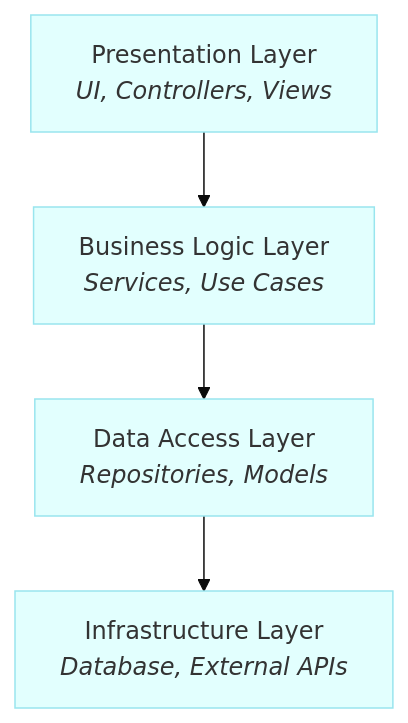
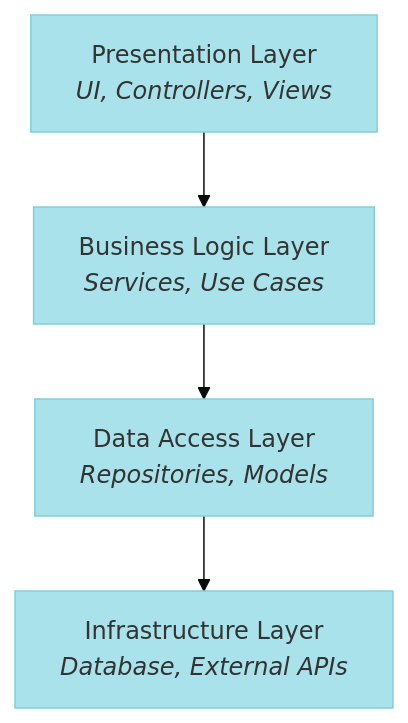
One commit to stricture-dev/stricture changed the diagram in packages/layered/README.md. Above: the diagram before and after it, drawn with Mermaid. The commit also changed 4 other files, not shown here.

First line of the commit message:
docs: apply custom HSL color palette to Mermaid diagrams

````diff
--- a/packages/layered/README.md
+++ b/packages/layered/README.md
@@ -15,12 +15,12 @@
 ```mermaid
-%%{init: {'theme':'base', 'themeVariables': { 'primaryColor':'#e2fffe','primaryBorderColor':'#99e5ee','secondaryColor':'#fef7fe','secondaryBorderColor':'#e5d5e5','tertiaryColor':'#feff9a','tertiaryBorderColor':'#d5d580'}}}%%
+%%{init: {'theme':'base', 'themeVariables': { 'primaryColor':'hsl(187, 61%, 79%)','primaryBorderColor':'hsl(187, 54%, 68%)','secondaryColor':'hsl(42, 97%, 85%)','secondaryBorderColor':'hsl(42, 100%, 73%)','tertiaryColor':'hsl(335, 52%, 92%)','tertiaryBorderColor':'hsl(335, 82%, 86%)'}}}%%
 graph TB
     Presentation["Presentation Layer<br/><i>UI, Controllers, Views</i>"]
     Business["Business Logic Layer<br/><i>Services, Use Cases</i>"]
     Data["Data Access Layer<br/><i>Repositories, Models</i>"]
     Infrastructure["Infrastructure Layer<br/><i>Database, External APIs</i>"]
 
     Presentation --> Business
     Business --> Data
     Data --> Infrastructure
 ```
````
